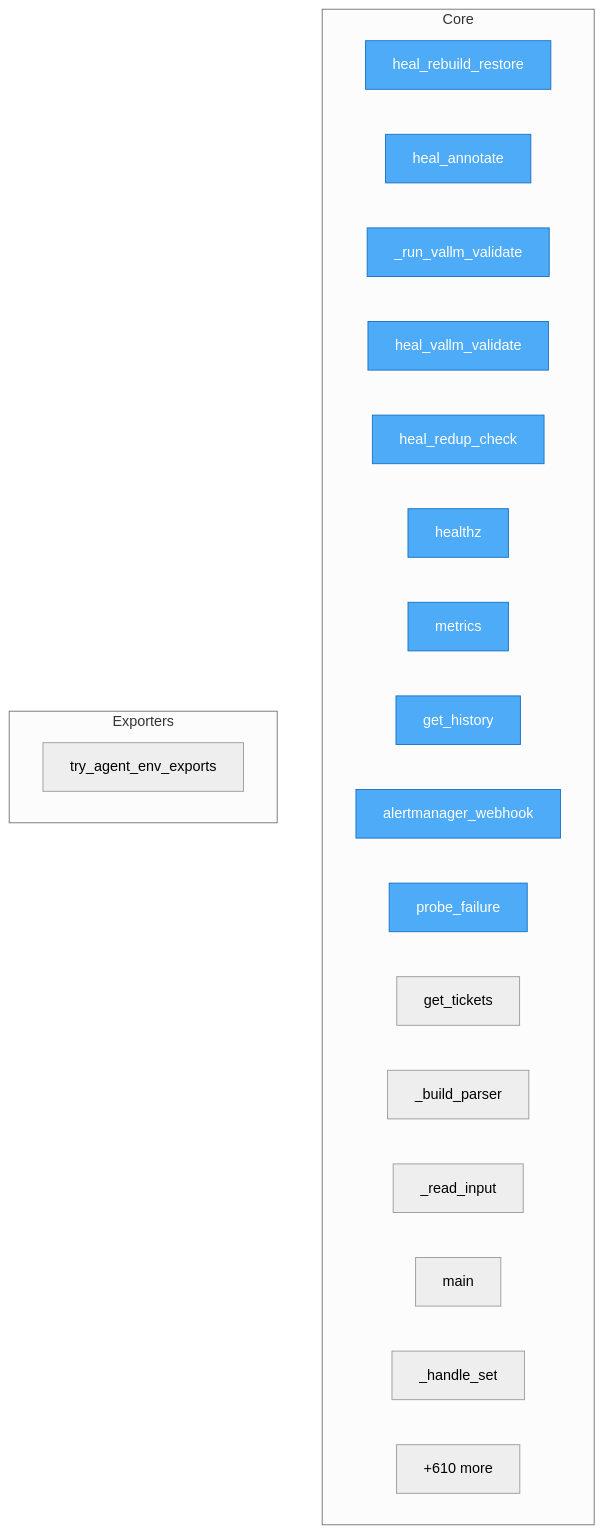
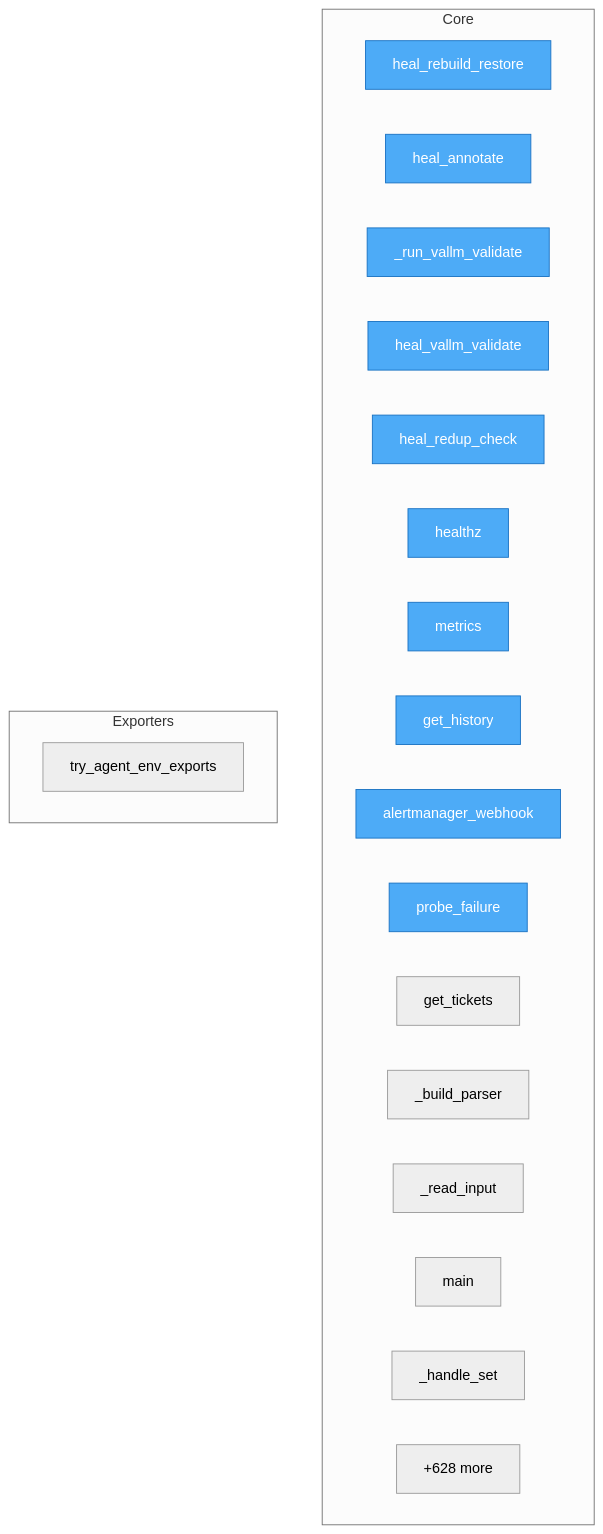
Before and after one commit to semcod/koru: the diagram in project/flow.mmd, drawn with Mermaid (neutral theme). The commit also changed 45 other files, not shown here.

```diff
--- a/project/flow.mmd
+++ b/project/flow.mmd
@@ -1,30 +1,30 @@
 flowchart TD
-%% generated in 0.09s
+%% generated in 0.08s
 
     %% Entry points (blue)
     classDef entry fill:#4dabf7,stroke:#1971c2,color:#fff
 
     subgraph Core
         services__healing_webhook__app__heal_rebuild_restore["heal_rebuild_restore"]
         services__healing_webhook__app__heal_annotate["heal_annotate"]
         services__healing_webhook__app___run_vallm_validate["_run_vallm_validate"]
         services__healing_webhook__app__heal_vallm_validate["heal_vallm_validate"]
         services__healing_webhook__app__heal_redup_check["heal_redup_check"]
         services__healing_webhook__app__healthz["healthz"]
         services__healing_webhook__app__metrics["metrics"]
         services__healing_webhook__app__get_history["get_history"]
         services__healing_webhook__app__alertmanager_webhook["alertmanager_webhook"]
         services__healing_webhook__app__probe_failure["probe_failure"]
         services__healing_webhook__app__get_tickets["get_tickets"]
         src__korudsl__cli___build_parser["_build_parser"]
         src__korudsl__cli___read_input["_read_input"]
         src__korudsl__cli__main["main"]
         src__korudsl__library___handle_set["_handle_set"]
-        ...["+610 more"]
+        ...["+628 more"]
     end
 
     subgraph Exporters
         src__koru__agent_cli_helpers__try_agent_env_exports["try_agent_env_exports"]
     end
 
     class services__healing_webhook__app__heal_rebuild_restore,services__healing_webhook__app__heal_annotate,services__healing_webhook__app___run_vallm_validate,services__healing_webhook__app__heal_vallm_validate,services__healing_webhook__app__heal_redup_check,services__healing_webhook__app__healthz,services__healing_webhook__app__metrics,services__healing_webhook__app__get_history,services__healing_webhook__app__alertmanager_webhook,services__healing_webhook__app__probe_failure entry
```
